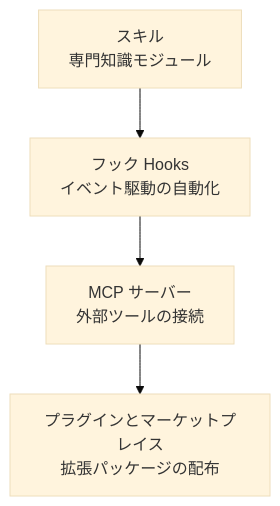
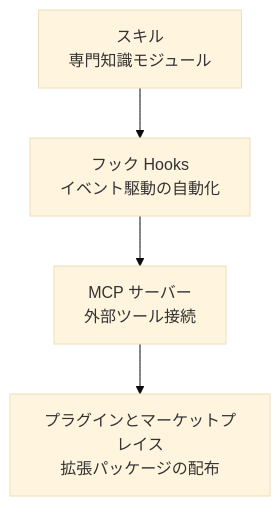
One commit to modu-ai/moai-adk changed the diagram in docs-site/content/ja/claude-code/extensibility/_index.md. Above: the diagram before and after it, drawn with Mermaid (base theme). The commit also changed other lines of this file and 395 other files, not shown here.

````diff
--- a/docs-site/content/ja/claude-code/extensibility/_index.md
+++ b/docs-site/content/ja/claude-code/extensibility/_index.md
@@ -16,6 +18,6 @@
 ```mermaid
 flowchart TD
     A[スキル<br/>専門知識モジュール] --> B[フック Hooks<br/>イベント駆動の自動化]
-    B --> C[MCP サーバー<br/>外部ツールの接続]
+    B --> C[MCP サーバー<br/>外部ツール接続]
     C --> D[プラグインとマーケットプレイス<br/>拡張パッケージの配布]
 ```
````
